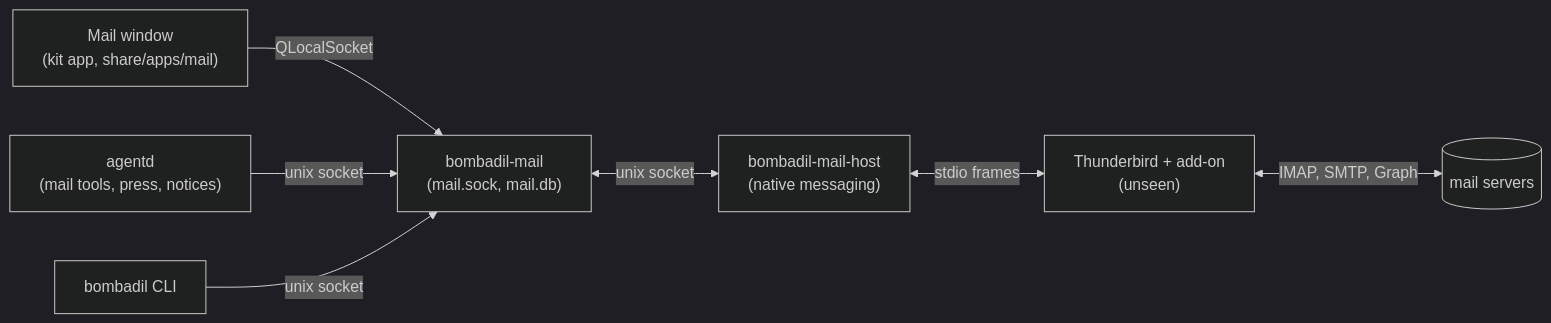
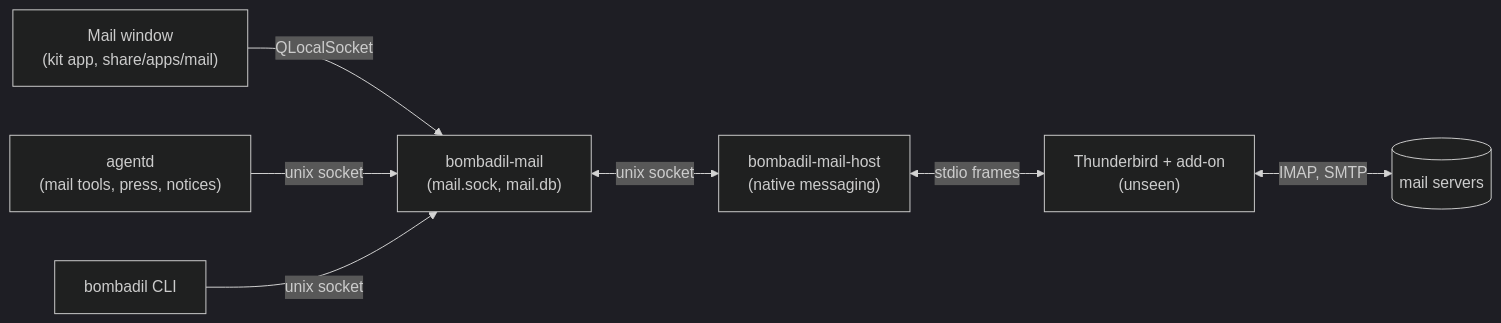
The first of 2 diagrams in docs/MAIL.md (thedefaultman/Bombadil), drawn with Mermaid (dark theme) before and after one commit. The commit also changed other lines of this file and 1 other file, not shown here.

````diff
--- a/docs/MAIL.md
+++ b/docs/MAIL.md
@@ -30,16 +30,16 @@
 ```mermaid
 flowchart LR
     win["Mail window<br/>(kit app, share/apps/mail)"]
     agentd["agentd<br/>(mail tools, press, notices)"]
     cli["bombadil CLI"]
     svc["bombadil-mail<br/>(mail.sock, mail.db)"]
     host["bombadil-mail-host<br/>(native messaging)"]
     tb["Thunderbird + add-on<br/>(unseen)"]
     srv[("mail servers")]
     win -->|QLocalSocket| svc
     agentd -->|unix socket| svc
     cli -->|unix socket| svc
     svc <-->|unix socket| host
     host <-->|stdio frames| tb
-    tb <-->|IMAP, SMTP, Graph| srv
+    tb <-->|IMAP, SMTP| srv
 ```
````
